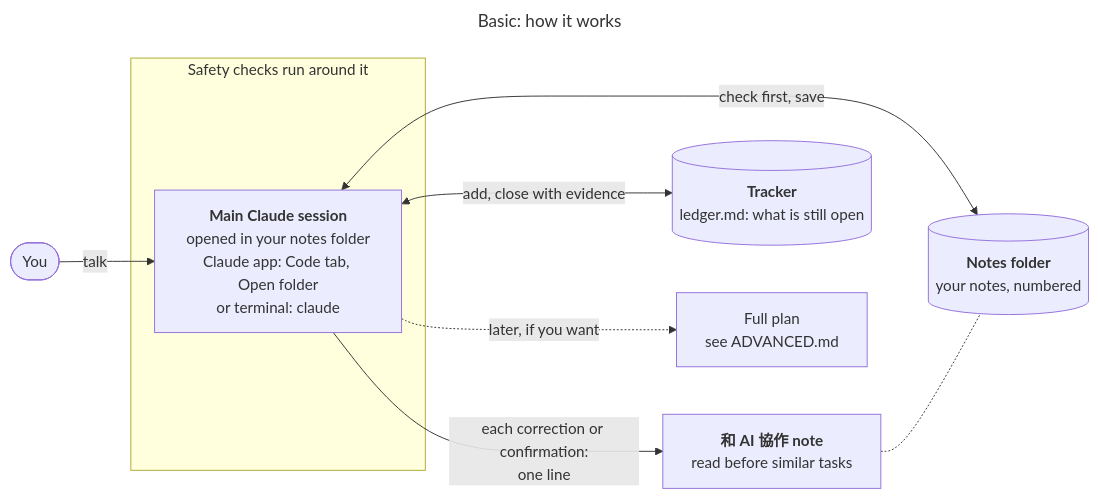
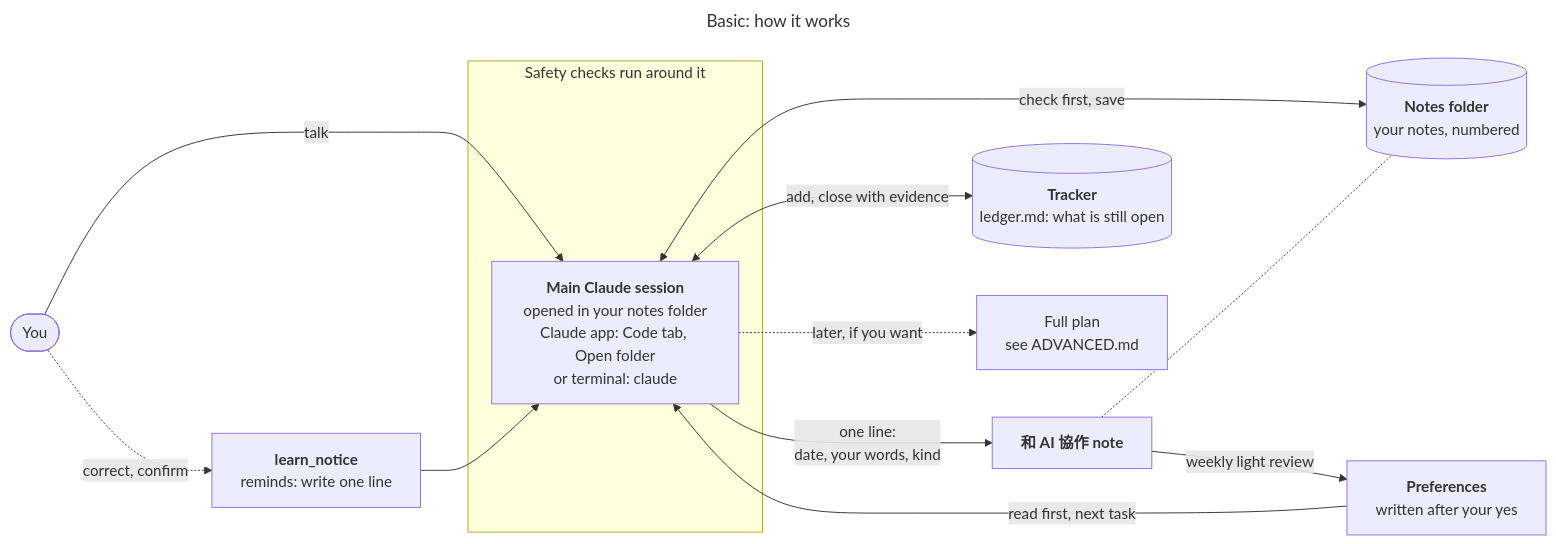
The diagram in README.md (0Smallcat0/second-brain-kit), drawn with Mermaid before and after one commit. The commit also changed other lines of this file and 36 other files, not shown here.

Commit message:
0.2.6: growth loop in Basic and Full - record corrections and confirmations, weekly light review

````diff
--- a/README.md
+++ b/README.md
@@ -78,15 +78,19 @@
 ```mermaid
 ---
 title: "Basic: how it works"
 ---
 flowchart LR
   You(["You"]) -->|talk| Main
   subgraph Checks["Safety checks run around it"]
     Main["<b>Main Claude session</b><br/>opened in your notes folder<br/>Claude app: Code tab, Open folder<br/>or terminal: claude"]
   end
   Main <-->|check first, save| Notes[("<b>Notes folder</b><br/>your notes, numbered")]
-  Main -->|"each correction or confirmation:<br/>one line"| Learn["<b>和 AI 協作 note</b><br/>read before similar tasks"]
+  You -.->|correct, confirm| Hook["<b>learn_notice</b><br/>reminds: write one line"]
+  Hook --> Main
+  Main -->|"one line:<br/>date, your words, kind"| Learn["<b>和 AI 協作 note</b>"]
+  Learn -->|weekly light review| Prefs["<b>Preferences</b><br/>written after your yes"]
+  Prefs -->|read first, next task| Main
   Learn -.- Notes
   Main <-->|add, close with evidence| Work[("<b>Tracker</b><br/>ledger.md: what is still open")]
   Main -.->|later, if you want| Adv["Full plan<br/>see ADVANCED.md"]
 ```
````
